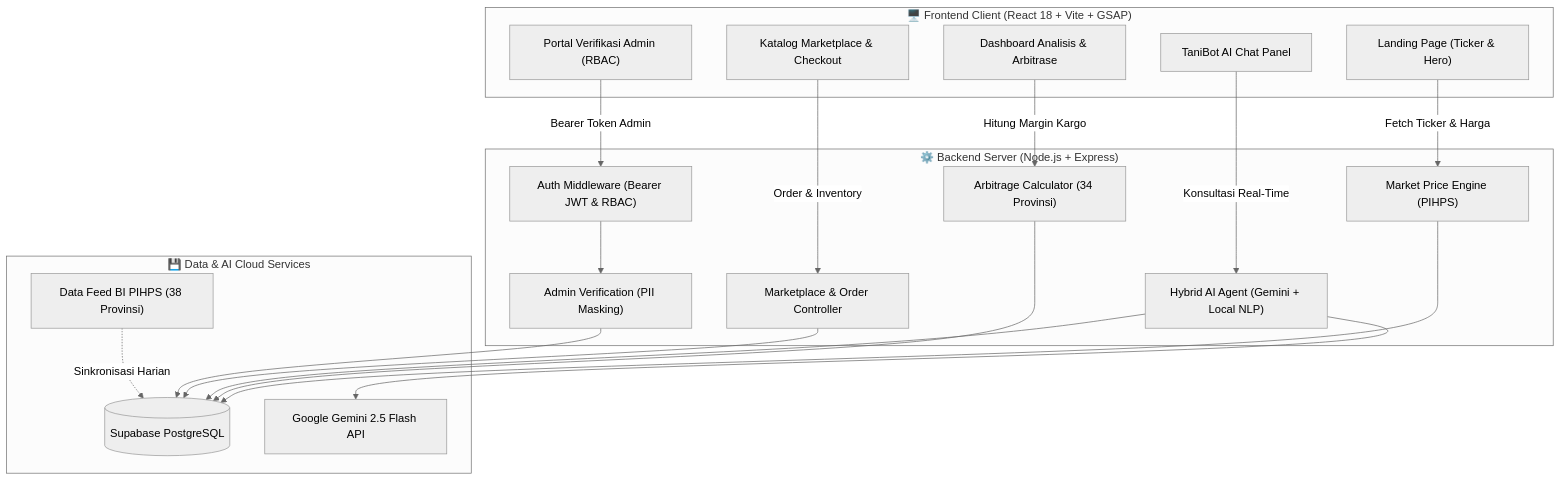
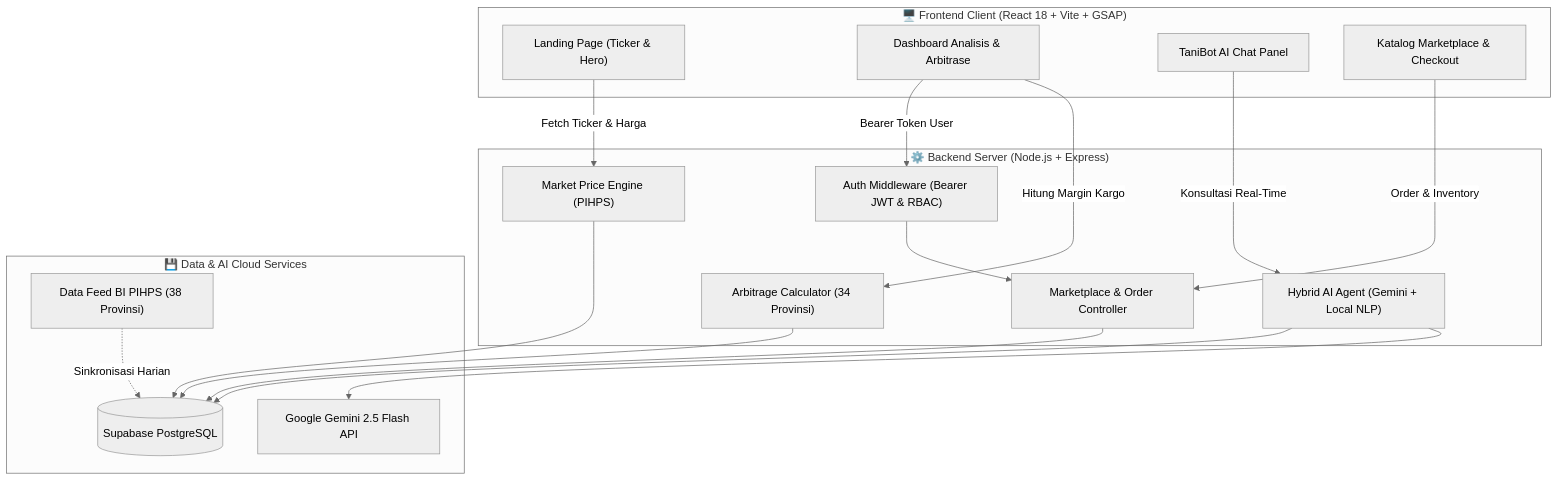
The first of 2 diagrams in README.md (potydev/Tani-Pintar), drawn with Mermaid (neutral theme) before and after one commit. The commit also changed other lines of this file and 10 other files, not shown here.

````diff
--- a/README.md
+++ b/README.md
@@ -234,40 +234,37 @@
 ```mermaid
 flowchart TD
     subgraph Klien["🖥️ Frontend Client (React 18 + Vite + GSAP)"]
         UI_Home["Landing Page (Ticker & Hero)"]
         UI_Dash["Dashboard Analisis & Arbitrase"]
         UI_Bot["TaniBot AI Chat Panel"]
         UI_Market["Katalog Marketplace & Checkout"]
-        UI_Admin["Portal Verifikasi Admin (RBAC)"]
     end
 
     subgraph Server["⚙️ Backend Server (Node.js + Express)"]
         MW_Auth["Auth Middleware (Bearer JWT & RBAC)"]
         API_Price["Market Price Engine (PIHPS)"]
         API_Arb["Arbitrage Calculator (34 Provinsi)"]
         API_Bot["Hybrid AI Agent (Gemini + Local NLP)"]
         API_Market["Marketplace & Order Controller"]
-        API_Admin["Admin Verification (PII Masking)"]
     end
 
     subgraph Data["💾 Data & AI Cloud Services"]
         DB_Supa[("Supabase PostgreSQL")]
         AI_Gemini["Google Gemini 2.5 Flash API"]
         FEED_BI["Data Feed BI PIHPS (38 Provinsi)"]
     end
 
     UI_Home -->|Fetch Ticker & Harga| API_Price
     UI_Dash -->|Hitung Margin Kargo| API_Arb
     UI_Bot -->|Konsultasi Real-Time| API_Bot
     UI_Market -->|Order & Inventory| API_Market
-    UI_Admin -->|Bearer Token Admin| MW_Auth
-    MW_Auth --> API_Admin
+    UI_Dash -->|Bearer Token User| MW_Auth
+    MW_Auth --> API_Market
 
     API_Price --> DB_Supa
     API_Arb --> DB_Supa
     API_Bot --> AI_Gemini
     API_Bot --> DB_Supa
     API_Market --> DB_Supa
-    API_Admin --> DB_Supa
     FEED_BI -.->|Sinkronisasi Harian| DB_Supa
 ```
````
